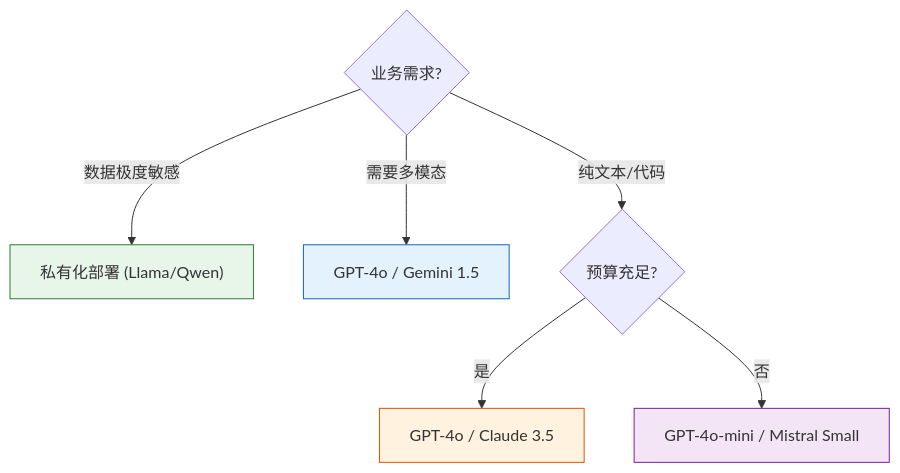
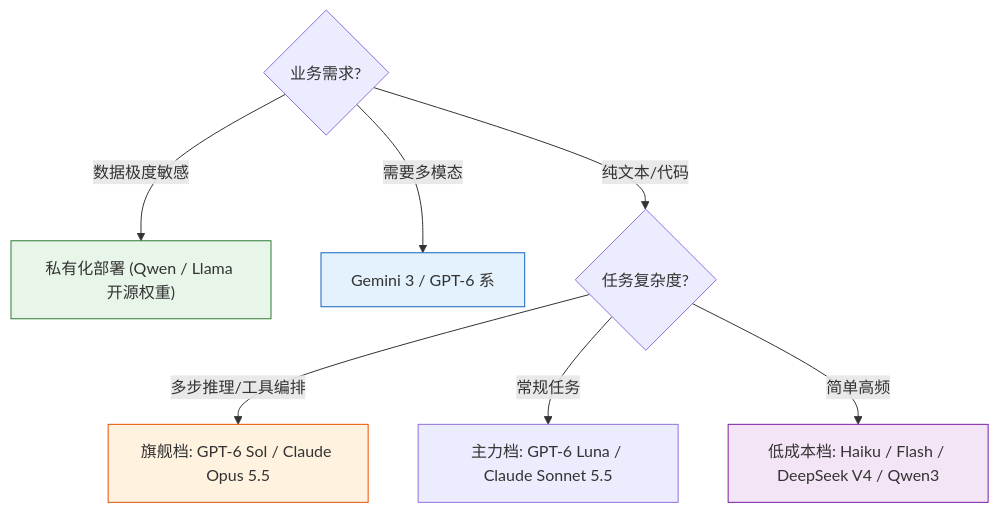
Before and after one commit to KMaybe01/interview-demo: the fourth of 25 diagrams in docs/S5-AI/01-实战篇/07-技术选型对比合集.md, drawn with Mermaid. The commit also changed other lines of this file and 27 other files, not shown here.

````diff
--- a/docs/S5-AI/01-实战篇/07-技术选型对比合集.md
+++ b/docs/S5-AI/01-实战篇/07-技术选型对比合集.md
@@ -313,17 +325,18 @@
 ```mermaid
 graph TD
-    Start{业务需求?} -->|数据极度敏感| Private["私有化部署 (Llama/Qwen)"]
-    Start -->|需要多模态| Multi[GPT-4o / Gemini 1.5]
-    Start -->|纯文本/代码| Text{预算充足?}
-    Text -->|是| High[GPT-4o / Claude 3.5]
-    Text -->|否| Low[GPT-4o-mini / Mistral Small]
+    Start{业务需求?} -->|数据极度敏感| Private["私有化部署 (Qwen / Llama 开源权重)"]
+    Start -->|需要多模态| Multi[Gemini 3 / GPT-6 系]
+    Start -->|纯文本/代码| Text{任务复杂度?}
+    Text -->|多步推理/工具编排| High[旗舰档: GPT-6 Sol / Claude Opus 5.5]
+    Text -->|常规任务| Mid[主力档: GPT-6 Luna / Claude Sonnet 5.5]
+    Text -->|简单高频| Low[低成本档: Haiku / Flash / DeepSeek V4 / Qwen3]
 
     classDef secure fill:#e8f5e9,stroke:#2e7d32;
     classDef multi fill:#e3f2fd,stroke:#1565c0;
     classDef high fill:#fff3e0,stroke:#e65100;
     classDef low fill:#f3e5f5,stroke:#7b1fa2;
     class Private secure;
     class Multi multi;
     class High high;
     class Low low;
 ```
````
